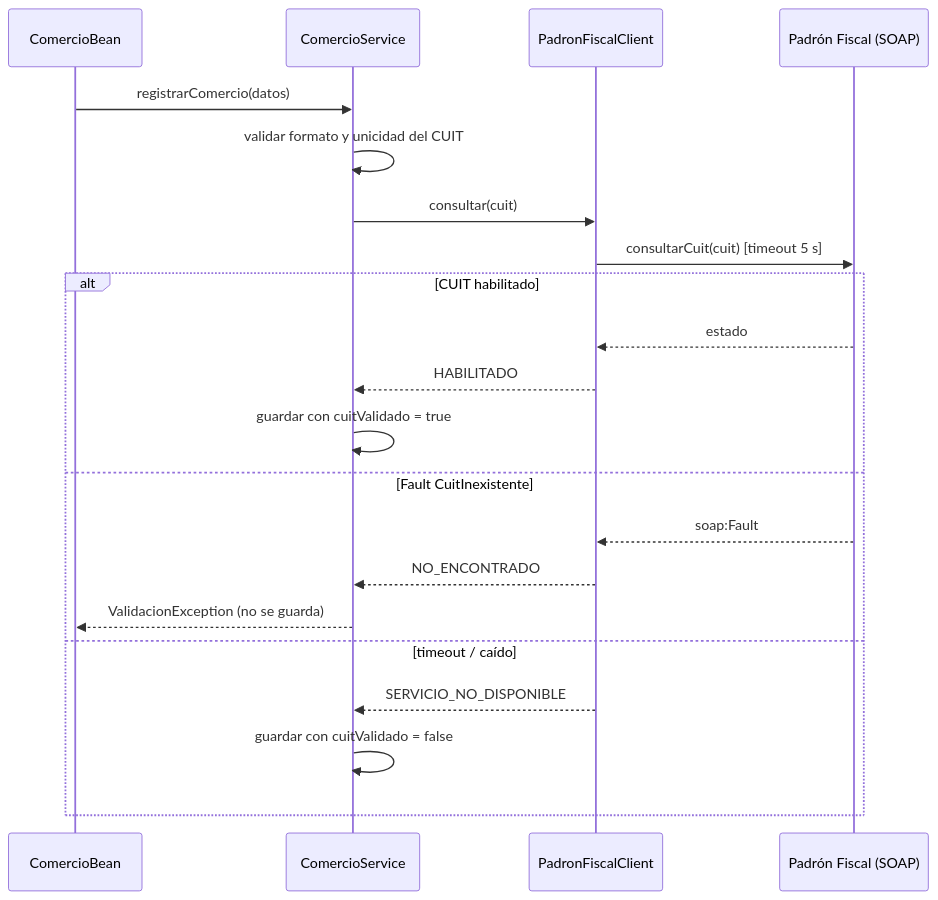
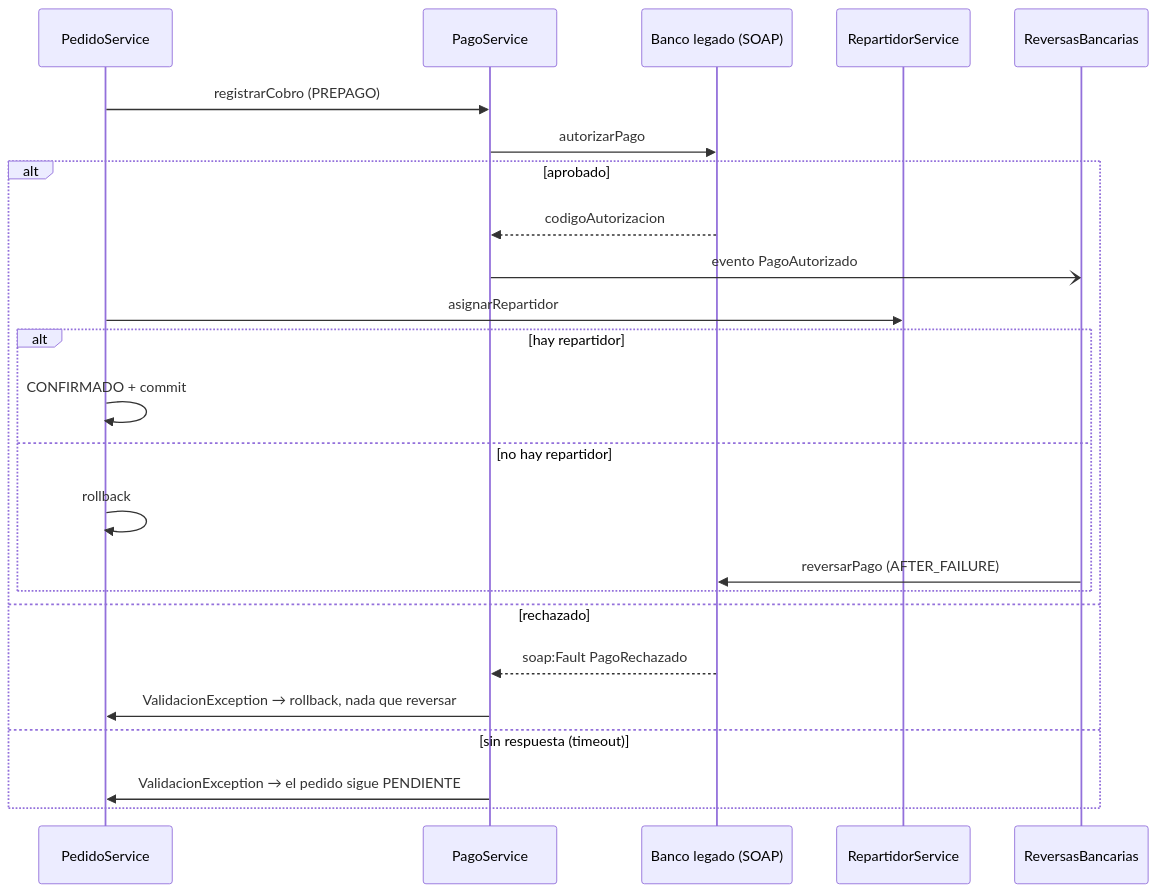
Before and after one commit to feliforte14/Rabbit: the diagram in docs/MENSAJERIA-SINCRONICA.md, drawn with Mermaid. The commit also changed other lines of this file and 38 other files, not shown here.

First line of the commit message:
Reemplaza la validación de CUIT por SOAP por el cobro en un banco legado

````diff
--- a/docs/MENSAJERIA-SINCRONICA.md
+++ b/docs/MENSAJERIA-SINCRONICA.md
@@ -47,23 +37,26 @@
 ```mermaid
 sequenceDiagram
-    participant UI as ComercioBean
-    participant CS as ComercioService
-    participant PC as PadronFiscalClient
-    participant PF as Padrón Fiscal (SOAP)
-    UI->>CS: registrarComercio(datos)
-    CS->>CS: validar formato y unicidad del CUIT
-    CS->>PC: consultar(cuit)
-    PC->>PF: consultarCuit(cuit) [timeout 5 s]
-    alt CUIT habilitado
-        PF-->>PC: estado
-        PC-->>CS: HABILITADO
-        CS->>CS: guardar con cuitValidado = true
-    else Fault CuitInexistente
-        PF-->>PC: soap:Fault
-        PC-->>CS: NO_ENCONTRADO
-        CS-->>UI: ValidacionException (no se guarda)
-    else timeout / caído
-        PC-->>CS: SERVICIO_NO_DISPONIBLE
-        CS->>CS: guardar con cuitValidado = false
+    participant PS as PedidoService
+    participant Pag as PagoService
+    participant B as Banco legado (SOAP)
+    participant Rep as RepartidorService
+    participant Rev as ReversasBancarias
+    PS->>Pag: registrarCobro (PREPAGO)
+    Pag->>B: autorizarPago
+    alt aprobado
+        B-->>Pag: codigoAutorizacion
+        Pag-)Rev: evento PagoAutorizado
+        PS->>Rep: asignarRepartidor
+        alt hay repartidor
+            PS->>PS: CONFIRMADO + commit
+        else no hay repartidor
+            PS->>PS: rollback
+            Rev->>B: reversarPago (AFTER_FAILURE)
+        end
+    else rechazado
+        B-->>Pag: soap:Fault PagoRechazado
+        Pag->>PS: ValidacionException → rollback, nada que reversar
+    else sin respuesta (timeout)
+        Pag->>PS: ValidacionException → el pedido sigue PENDIENTE
     end
 ```
````
